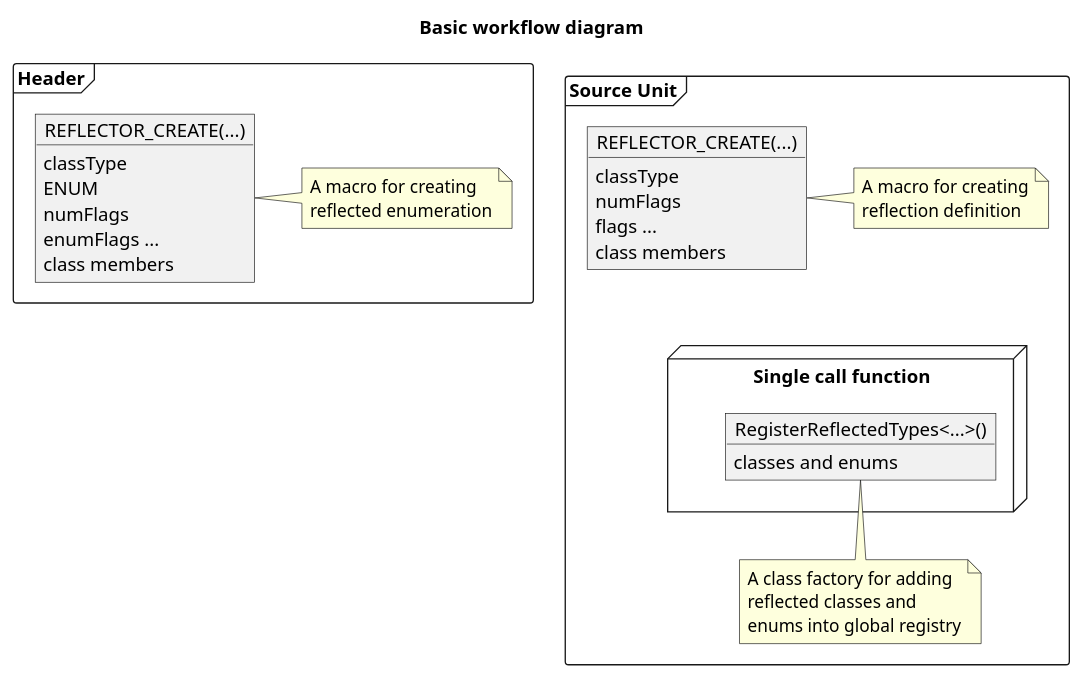
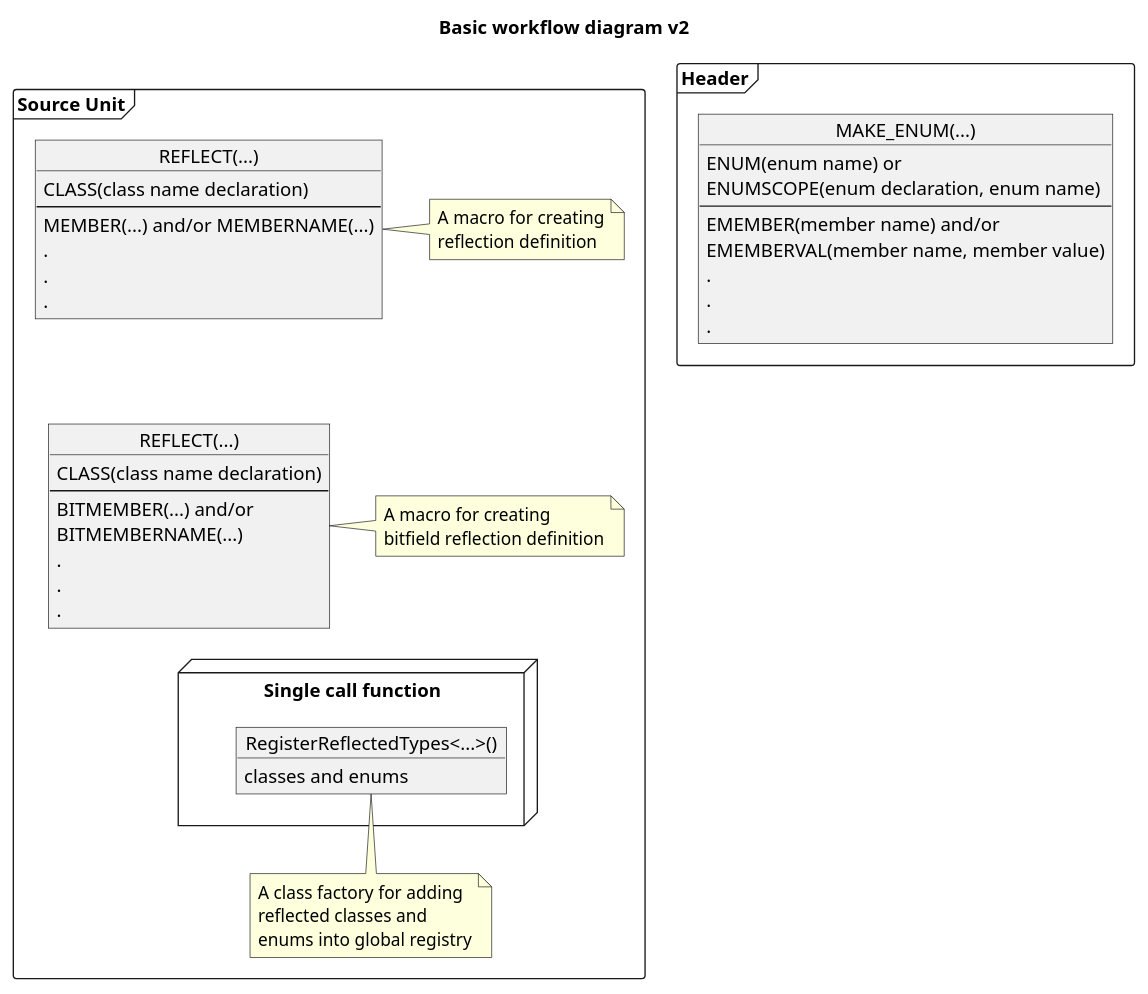
Before and after one commit to PredatorCZ/Spike: the diagram in doc/ref_bwd.puml, drawn with PlantUML. The commit also changed 26 other files, not shown here.

```diff
--- a/doc/ref_bwd.puml
+++ b/doc/ref_bwd.puml
@@ -1,39 +1,55 @@
 @startuml ref_bwd
-title Basic workflow diagram
+title Basic workflow diagram v2
 package Header <<Frame>> {
-    object "REFLECTOR_CREATE(...)" as RCE
-    RCE : classType
-    RCE : ENUM
-    RCE : numFlags
-    RCE : enumFlags ...
-    RCE : class members
-    note right of RCE
-        A macro for creating
-        reflected enumeration
-    end note
+    object "MAKE_ENUM(...)" as RCE
+    RCE : ENUM(enum name) or
+    RCE : ENUMSCOPE(enum declaration, enum name)
+    RCE : ---
+    RCE : EMEMBER(member name) and/or
+    RCE : EMEMBERVAL(member name, member value)
+    RCE : .
+    RCE : .
+    RCE : .
 }
 
 
 package "Source Unit" <<Frame>> {
-    object "REFLECTOR_CREATE(...)" as REFLECTOR_CREATE
-    REFLECTOR_CREATE : classType
-    REFLECTOR_CREATE : numFlags
-    REFLECTOR_CREATE : flags ...
-    REFLECTOR_CREATE : class members
-    note right of REFLECTOR_CREATE
+    object "REFLECT(...)" as REFLECT
+    REFLECT : CLASS(class name declaration)
+    REFLECT : ---
+    REFLECT : MEMBER(...) and/or MEMBERNAME(...)
+    REFLECT : .
+    REFLECT : .
+    REFLECT : .
+    note right of REFLECT
         A macro for creating
         reflection definition
     end note
+
+    object "REFLECT(...)" as BITREFLECT
+    BITREFLECT : CLASS(class name declaration)
+    BITREFLECT : ---
+    BITREFLECT : BITMEMBER(...) and/or 
+    BITREFLECT : BITMEMBERNAME(...)
+    BITREFLECT : .
+    BITREFLECT : .
+    BITREFLECT : .
+    note right of BITREFLECT
+        A macro for creating
+        bitfield reflection definition
+    end note
+
     node "Single call function" as SCF {
         object "RegisterReflectedTypes<...>()" as REFLECTOR_REGISTER
         REFLECTOR_REGISTER : classes and enums
     }
     note bottom of REFLECTOR_REGISTER
         A class factory for adding
         reflected classes and
         enums into global registry
     end note
 
-    REFLECTOR_CREATE -[hidden]down- SCF
+    REFLECT -[hidden]down- BITREFLECT
+    BITREFLECT -[hidden]down- SCF
 }
 @enduml
```
